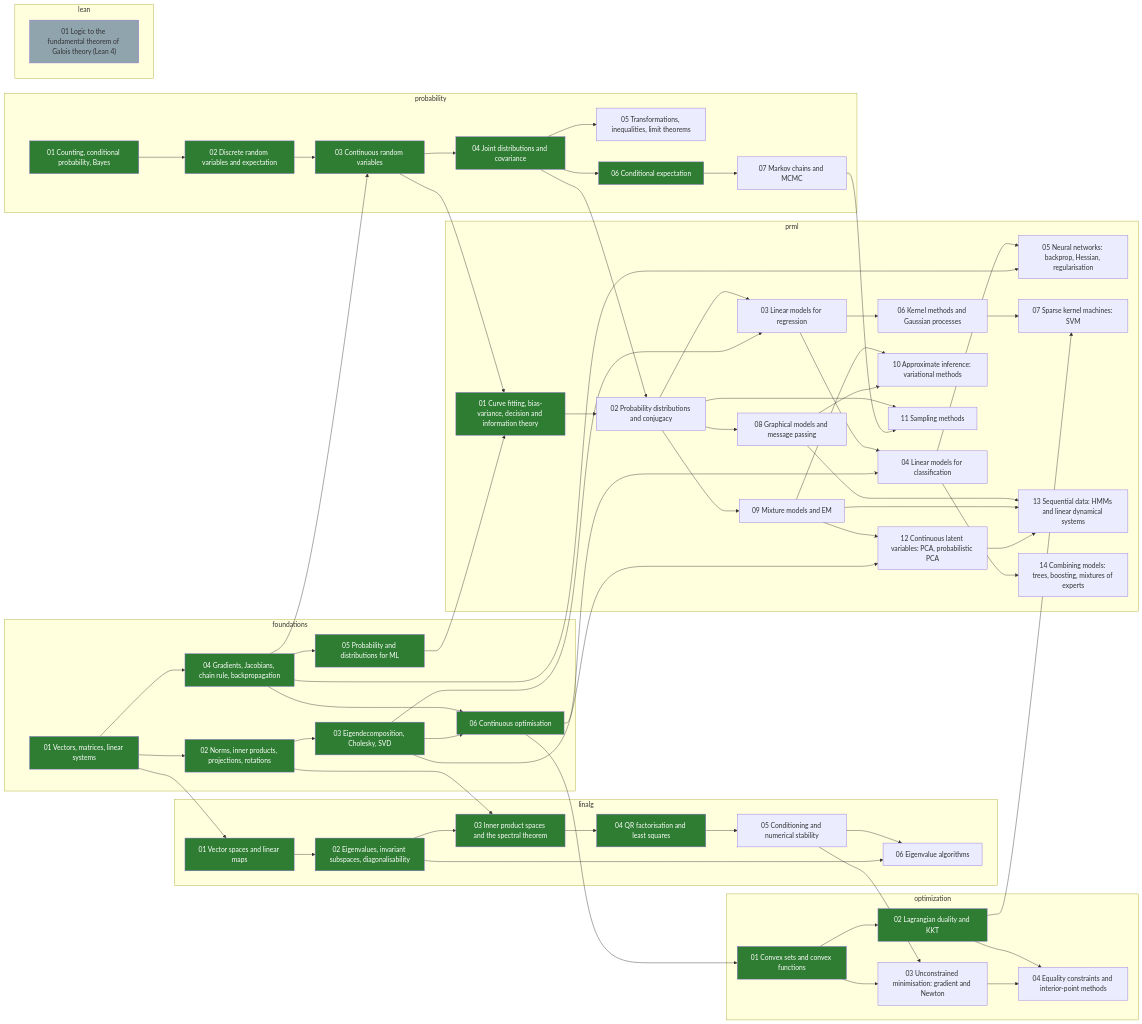
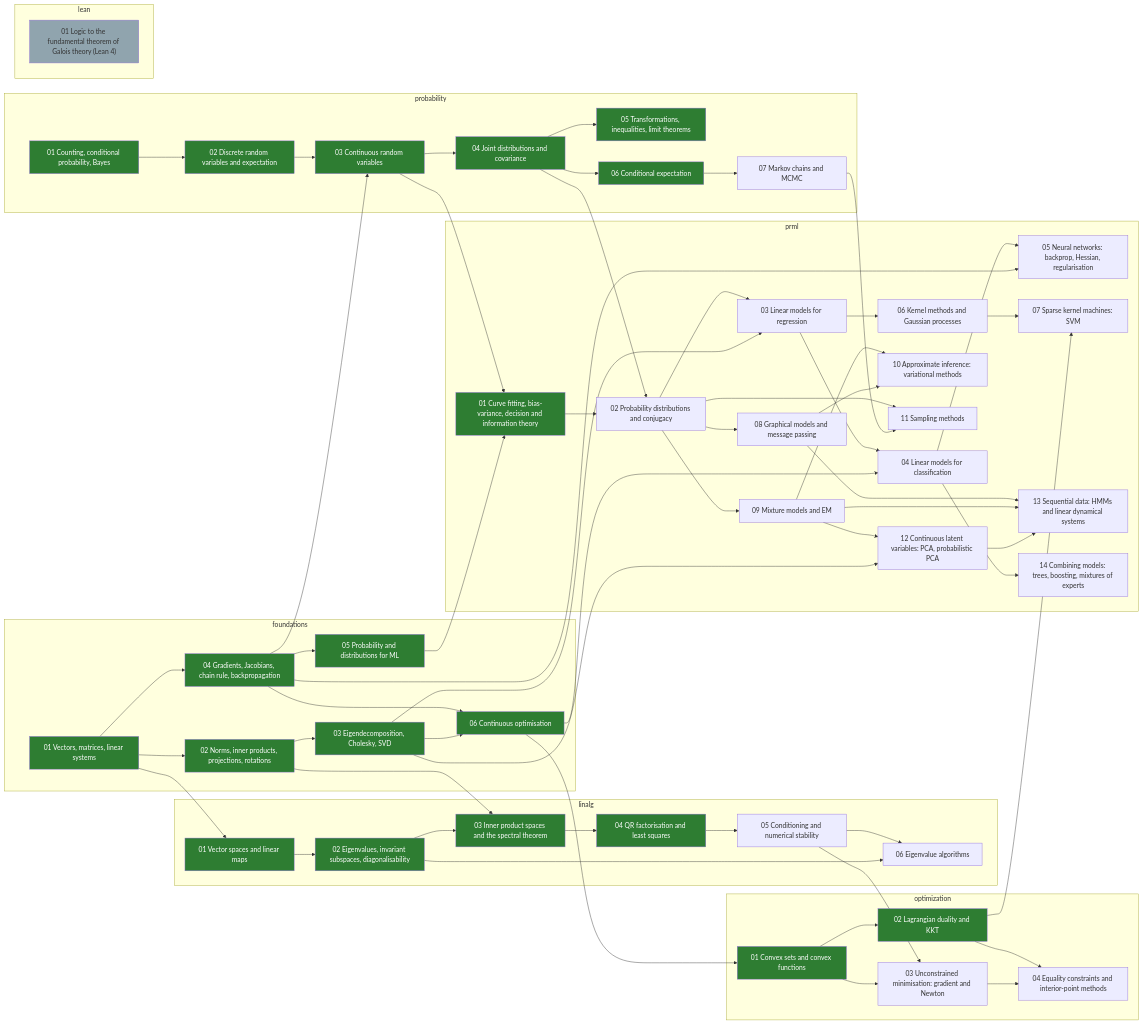
The diagram in skill-tree/README.md (alektebel/learn-stuff-from-scratch), drawn with Mermaid before and after one commit. The commit also changed other lines of this file and 8 other files, not shown here.

First line of the commit message:
math: build probability-05-limits-inequalities

```diff
--- a/skill-tree/README.md
+++ b/skill-tree/README.md
@@ -90,7 +90,7 @@
     probability-02-random-variables["02 Discrete random variables and expectation"]:::done
     probability-03-continuous["03 Continuous random variables"]:::done
     probability-04-joint["04 Joint distributions and covariance"]:::done
-    probability-05-limits-inequalities["05 Transformations, inequalities, limit theorems"]
+    probability-05-limits-inequalities["05 Transformations, inequalities, limit theorems"]:::done
     probability-06-conditional-expectation["06 Conditional expectation"]:::done
     probability-07-markov-chains-mcmc["07 Markov chains and MCMC"]
   end
```
